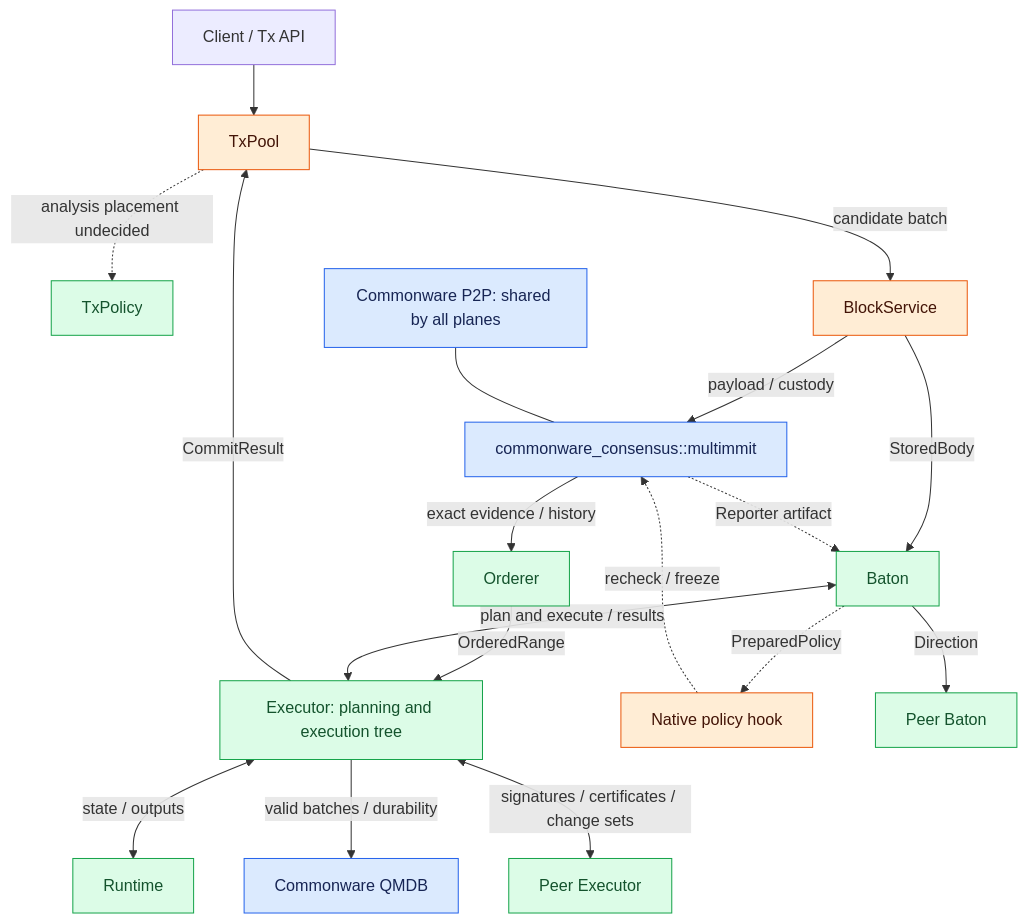
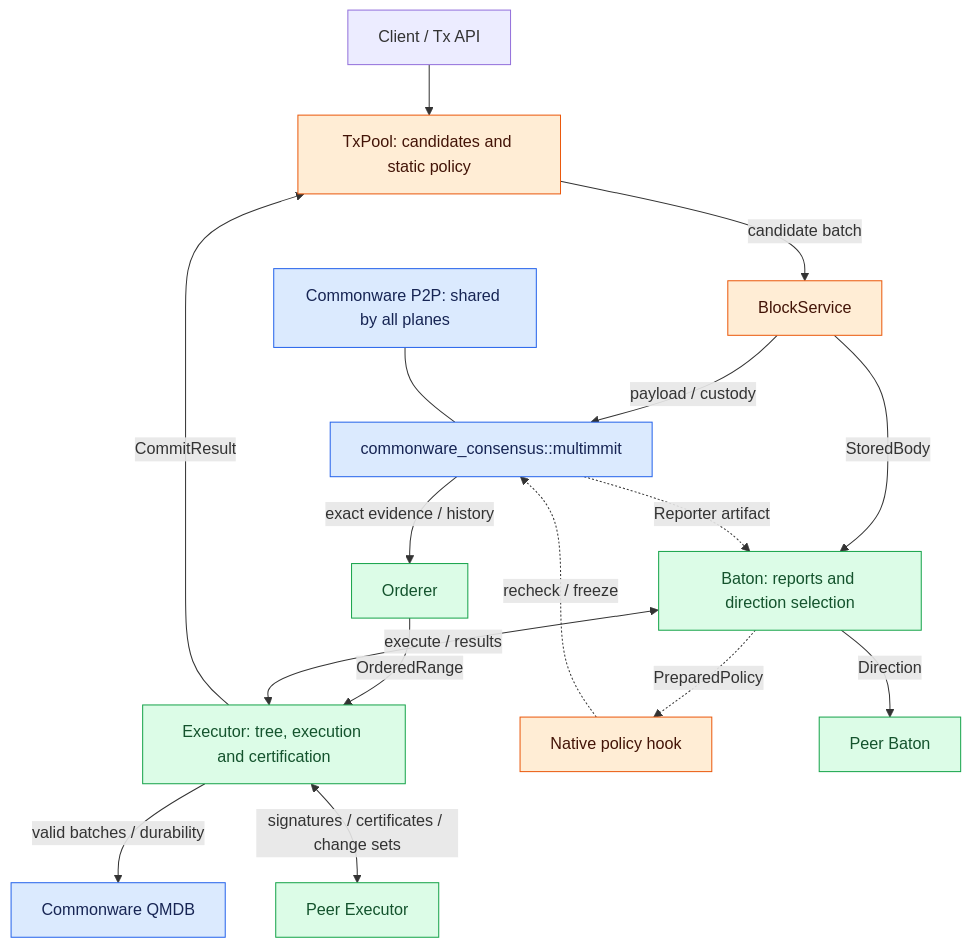
The diagram in docs/overview/architecture.md (djm07073/baton-research), drawn with Mermaid before and after one commit. The commit also changed other lines of this file and 67 other files, not shown here.

````diff
--- a/docs/overview/architecture.md
+++ b/docs/overview/architecture.md
@@ -11,26 +11,24 @@
 ```mermaid
 flowchart TB
-    C[Client / Tx API] --> T[TxPool]
-    T -. analysis placement undecided .-> X[TxPolicy]
+    C[Client / Tx API] --> T[TxPool: candidates and static policy]
     T -->|candidate batch| B[BlockService]
     B -->|payload / custody| N[commonware_consensus::multimmit]
     N -->|exact evidence / history| M[Orderer]
-    B -->|StoredBody| O[Baton]
+    B -->|StoredBody| O[Baton: reports and direction selection]
     N -. Reporter artifact .-> O
     M -->|OrderedRange| E
     O -. PreparedPolicy .-> H[Native policy hook]
     H -. recheck / freeze .-> N
     O -->|Direction| PE[Peer Baton]
-    O <-->|plan and execute / results| E[Executor: planning and execution tree]
-    E <-->|state / outputs| R[Runtime]
+    O <-->|execute / results| E[Executor: tree, execution and certification]
     E -->|valid batches / durability| S[Commonware QMDB]
     E <-->|signatures / certificates / change sets| V[Peer Executor]
     E -->|CommitResult| T
     NET[Commonware P2P: shared by all planes] --- N
     classDef reuse fill:#dbeafe,stroke:#2563eb,color:#172554;
     classDef adapt fill:#ffedd5,stroke:#ea580c,color:#431407;
     classDef new fill:#dcfce7,stroke:#16a34a,color:#14532d;
     class N,NET,S reuse;
     class T,B,H adapt;
-    class X,M,O,PE,E,R,V new;
+    class M,O,PE,E,V new;
 ```
````
